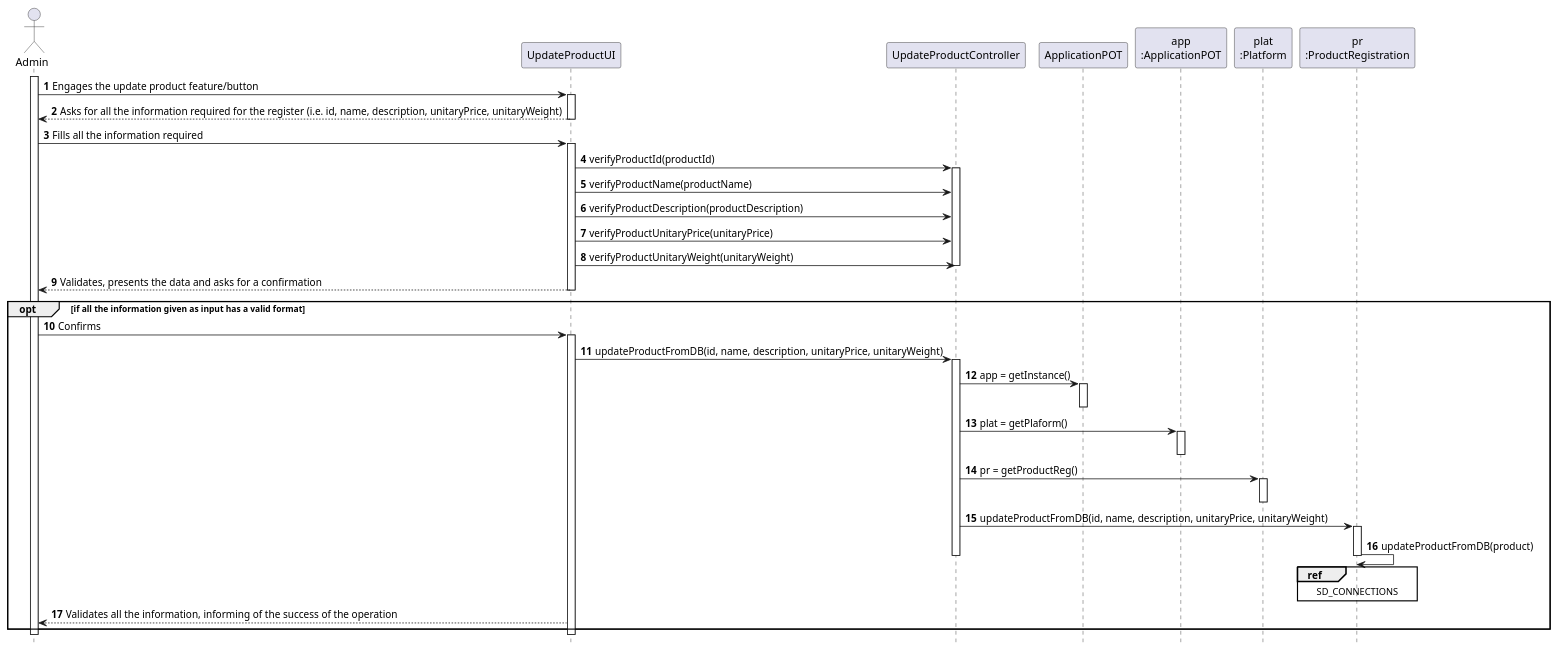
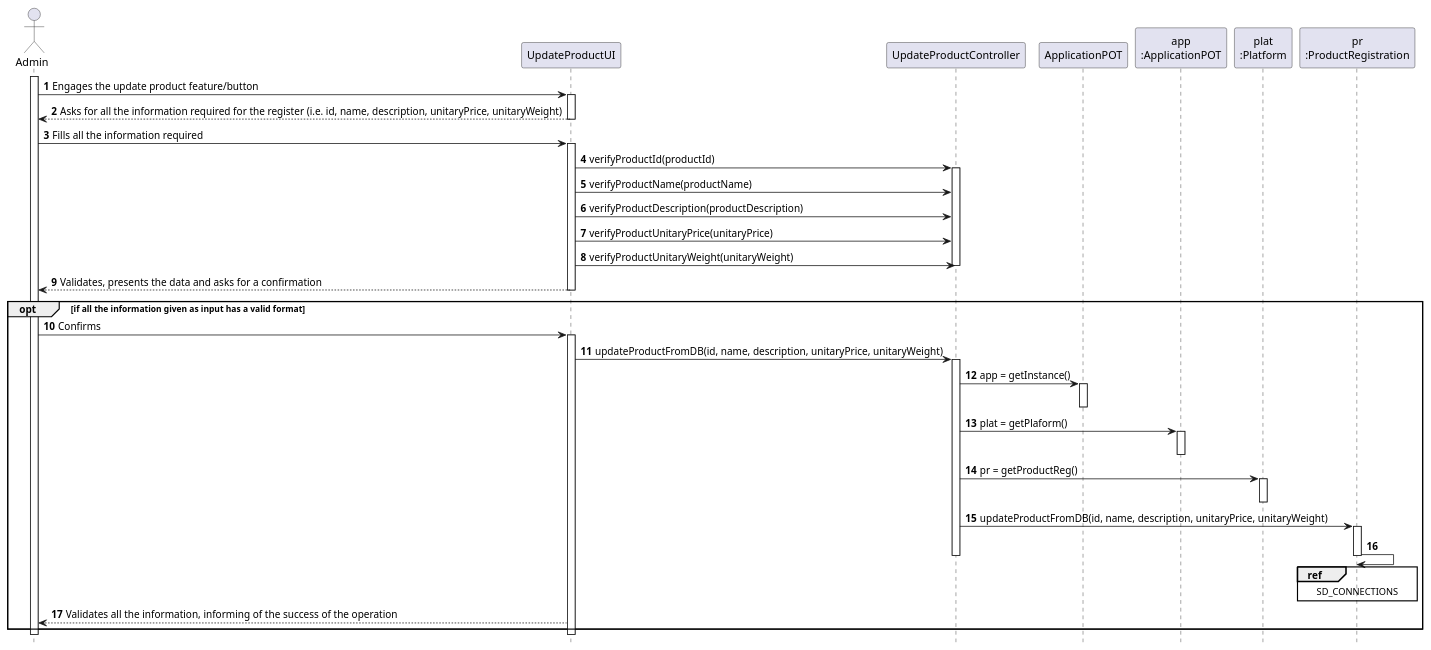
The diagram in docs/Iteration 1/Product Management/US71_UpdateProduct/US71_SD.puml (tiagoavcosta25/LAPR3), drawn with PlantUML before and after one commit. The commit also changed 10 other files, not shown here.

```diff
--- a/docs/Iteration 1/Product Management/US71_UpdateProduct/US71_SD.puml
+++ b/docs/Iteration 1/Product Management/US71_UpdateProduct/US71_SD.puml
@@ -1,80 +1,80 @@
 @startuml
 autonumber
 hide footbox
 
 actor "Admin" as U
 
 participant "UpdateProductUI" as UI
 participant "UpdateProductController" as CTRL
 participant "ApplicationPOT" as _APP
 participant "app\n:ApplicationPOT" as APP
 participant "plat\n:Platform" as PLAT
 participant "pr\n:ProductRegistration" as PREG
 
 
 
 activate U
 
 U -> UI : Engages the update product feature/button
 activate UI
 
 UI --> U : Asks for all the information required for the register (i.e. id, name, description, unitaryPrice, unitaryWeight)
 
 
 deactivate UI
 U -> UI : Fills all the information required
 activate UI
 
 
 UI -> CTRL : verifyProductId(productId)
 activate CTRL
 UI -> CTRL : verifyProductName(productName)
 UI -> CTRL : verifyProductDescription(productDescription)
 UI -> CTRL : verifyProductUnitaryPrice(unitaryPrice)
 UI -> CTRL : verifyProductUnitaryWeight(unitaryWeight)
 deactivate CTRL
 
 UI --> U : Validates, presents the data and asks for a confirmation
 deactivate UI
 
 opt if all the information given as input has a valid format
 
 
 U -> UI : Confirms
 activate UI
 UI -> CTRL : updateProductFromDB(id, name, description, unitaryPrice, unitaryWeight)
 activate CTRL
 CTRL -> _APP: app = getInstance()
 activate _APP
 deactivate _APP
 
 CTRL -> APP: plat = getPlaform()
 activate APP
 deactivate APP
 CTRL -> PLAT : pr = getProductReg()
 activate PLAT
 deactivate PLAT
 
 CTRL -> PREG : updateProductFromDB(id, name, description, unitaryPrice, unitaryWeight)
 activate PREG
 
 
 
-PREG -> PREG : updateProductFromDB(product)
+PREG -> PREG
 ref over PREG
 SD_CONNECTIONS
 end ref
 
 
 deactivate PREG
 
 
 
 deactivate CTRL
 UI --> U : Validates all the information, informing of the success of the operation
 end opt
 deactivate UI
 deactivate U
 
 
 @enduml
```
